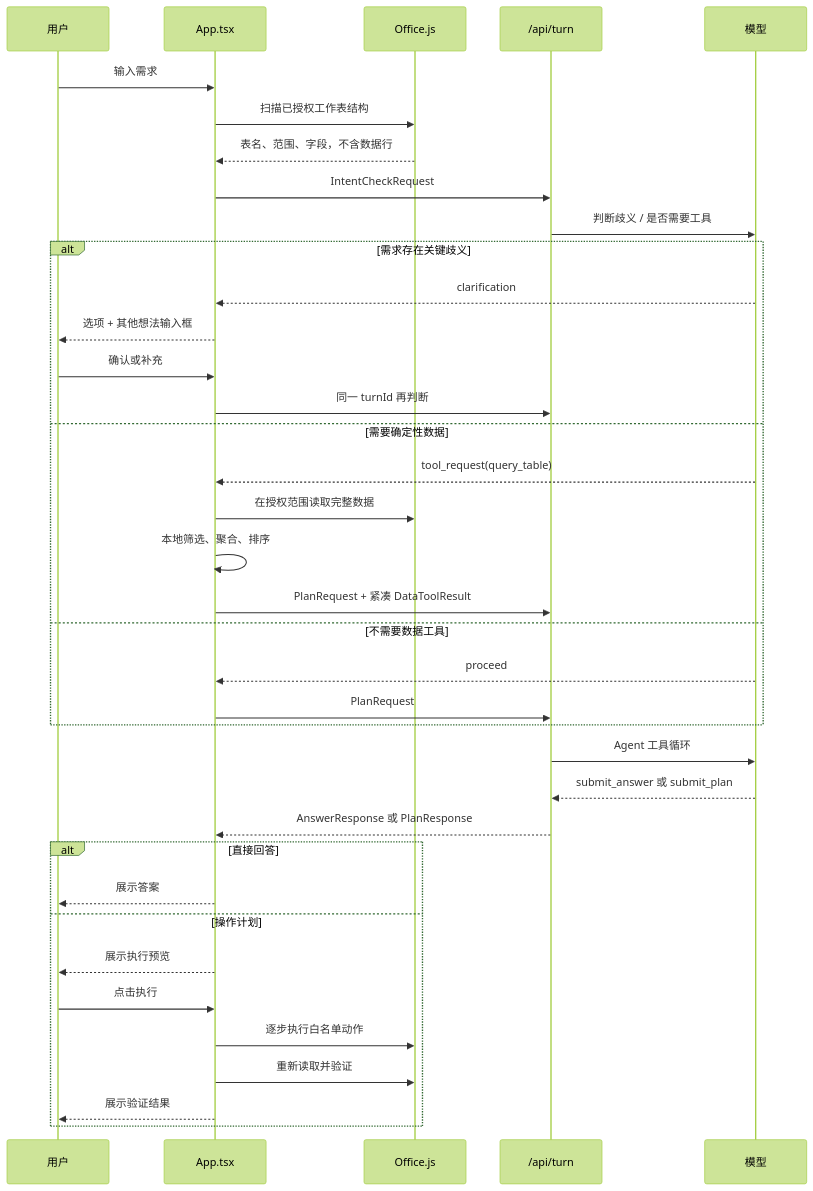
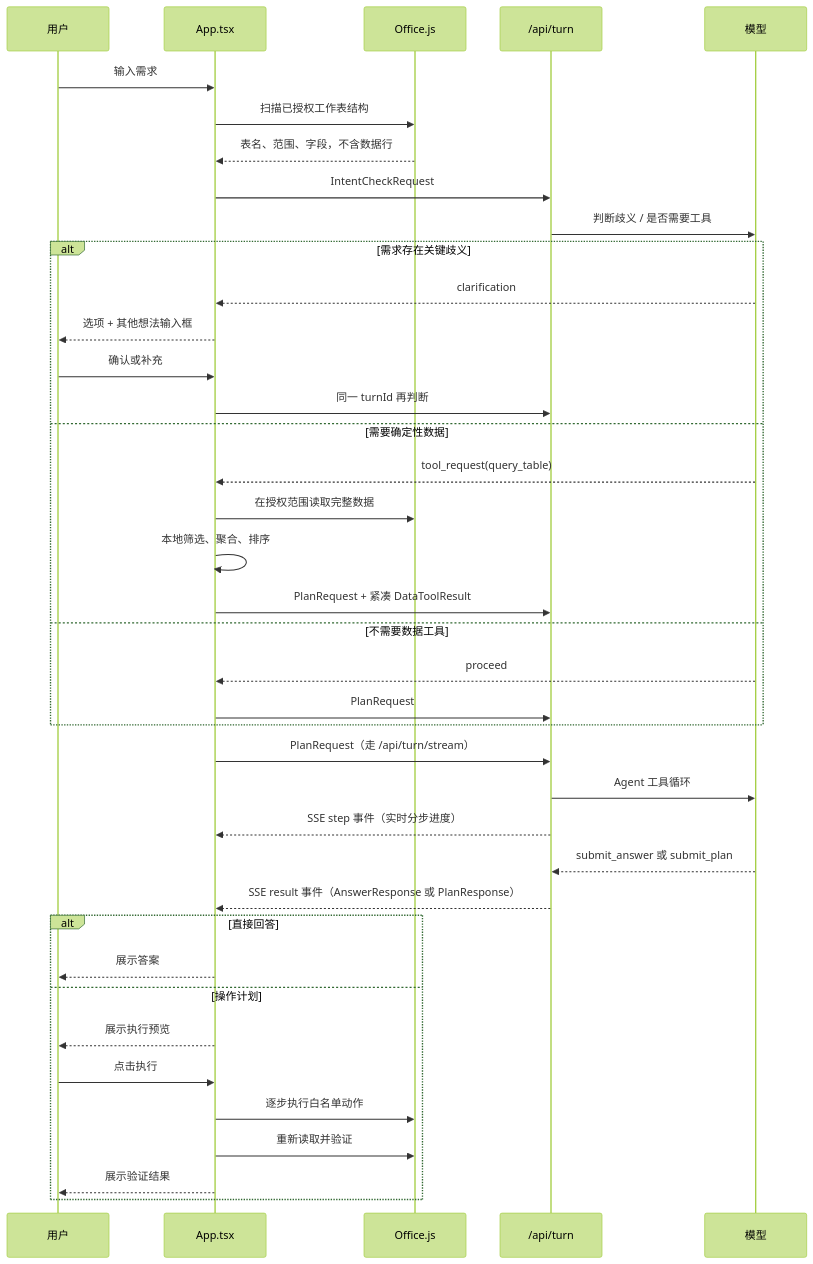
One commit to yamslin007/excel-bro changed the second of 2 diagrams in docs/ARCHITECTURE.md. Above: the diagram before and after it, drawn with Mermaid (forest theme). The commit also changed other lines of this file and 55 other files, not shown here.

````diff
--- a/docs/ARCHITECTURE.md
+++ b/docs/ARCHITECTURE.md
@@ -62,43 +65,45 @@
 ```mermaid
 sequenceDiagram
     participant User as 用户
     participant App as App.tsx
     participant Excel as Office.js
     participant API as /api/turn
     participant Model as 模型
 
     User->>App: 输入需求
     App->>Excel: 扫描已授权工作表结构
     Excel-->>App: 表名、范围、字段，不含数据行
     App->>API: IntentCheckRequest
     API->>Model: 判断歧义 / 是否需要工具
 
     alt 需求存在关键歧义
         Model-->>App: clarification
         App-->>User: 选项 + 其他想法输入框
         User->>App: 确认或补充
         App->>API: 同一 turnId 再判断
     else 需要确定性数据
         Model-->>App: tool_request(query_table)
         App->>Excel: 在授权范围读取完整数据
         App->>App: 本地筛选、聚合、排序
         App->>API: PlanRequest + 紧凑 DataToolResult
     else 不需要数据工具
         Model-->>App: proceed
         App->>API: PlanRequest
     end
 
+    App->>API: PlanRequest（走 /api/turn/stream）
     API->>Model: Agent 工具循环
+    API-->>App: SSE step 事件（实时分步进度）
     Model-->>API: submit_answer 或 submit_plan
-    API-->>App: AnswerResponse 或 PlanResponse
+    API-->>App: SSE result 事件（AnswerResponse 或 PlanResponse）
 
     alt 直接回答
         App-->>User: 展示答案
     else 操作计划
         App-->>User: 展示执行预览
         User->>App: 点击执行
         App->>Excel: 逐步执行白名单动作
         App->>Excel: 重新读取并验证
         App-->>User: 展示验证结果
     end
 ```
````
